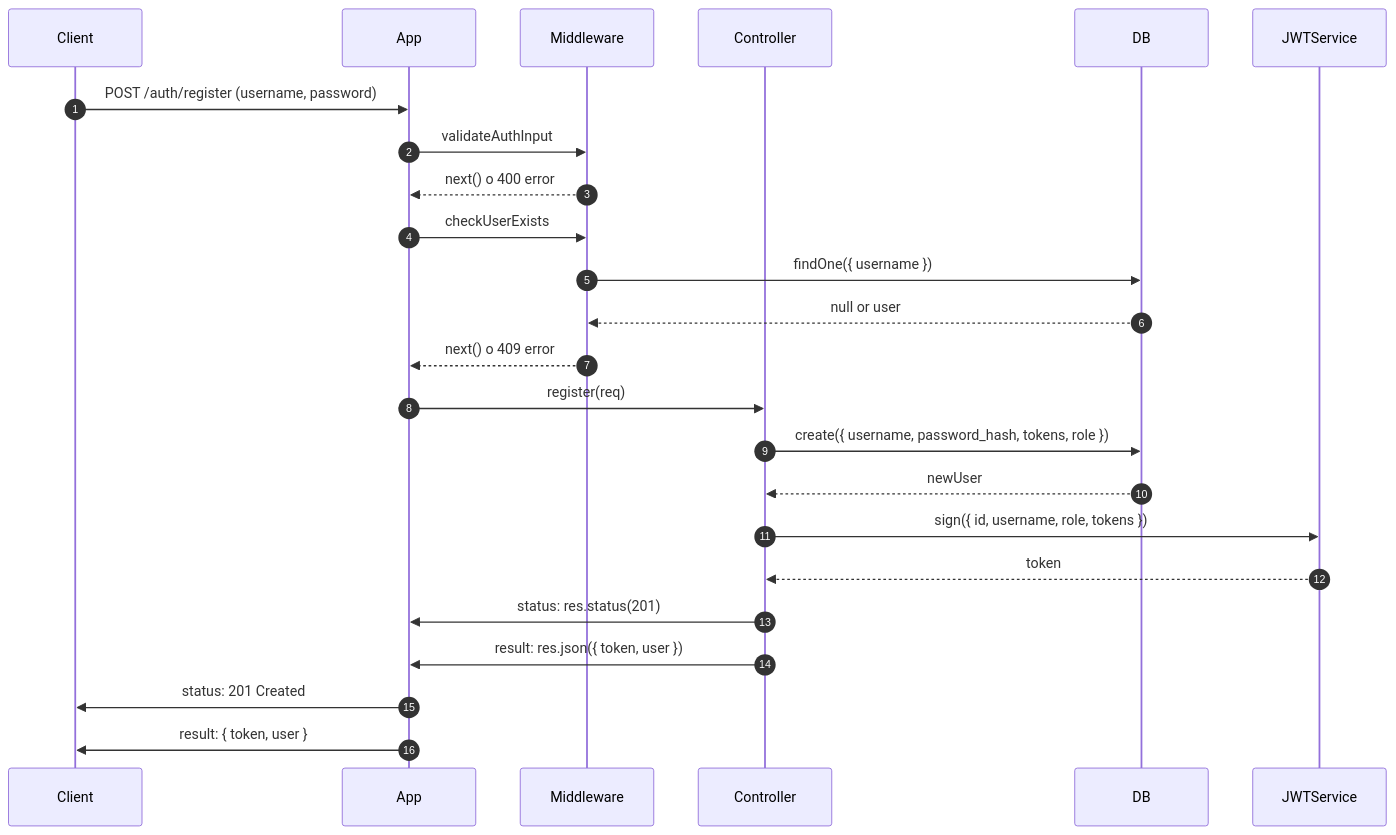
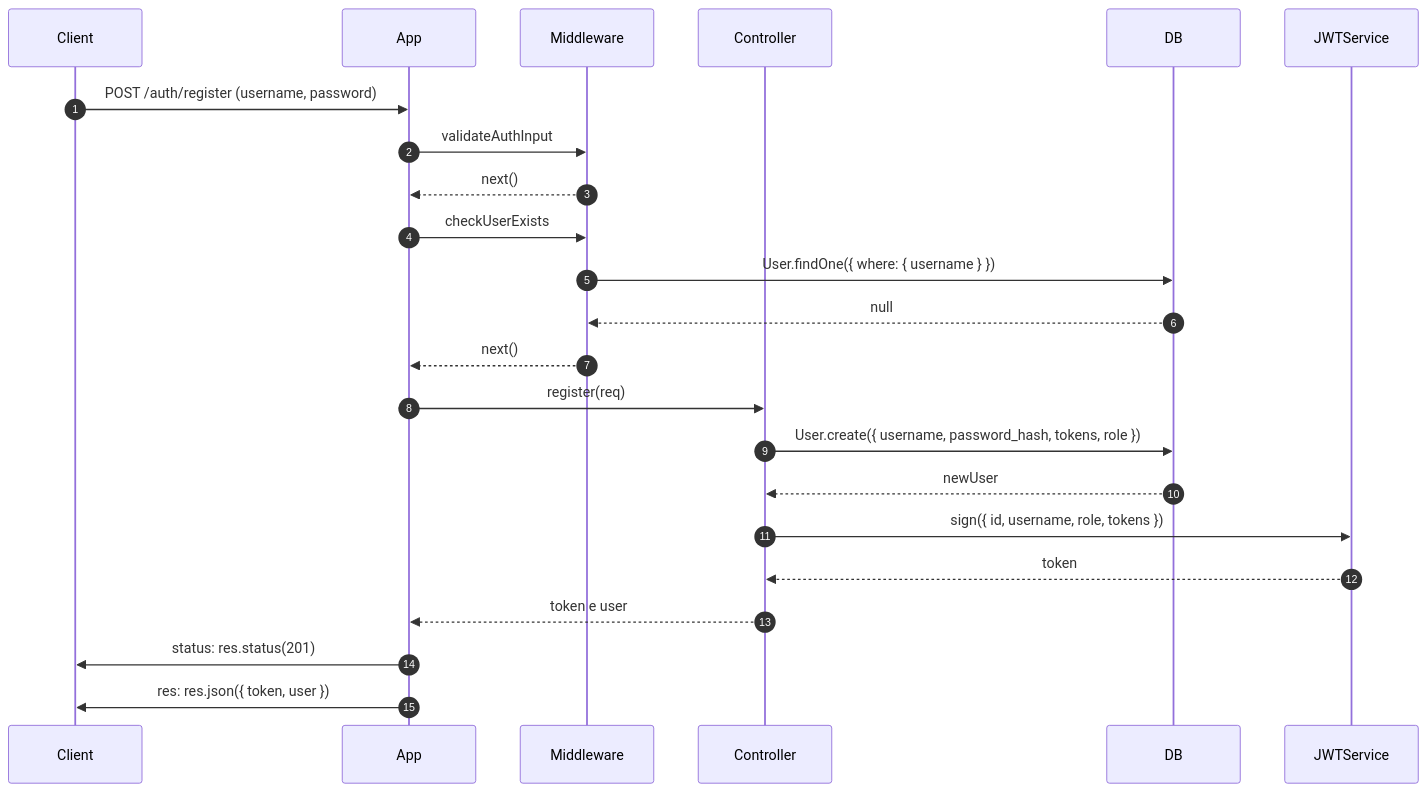
Before and after one commit to Daniel-Diocis/VoidTracksWeb: the first of 9 diagrams in README.md, drawn with Mermaid. The commit also changed other lines of this file, not shown here.

````diff
--- a/README.md
+++ b/README.md
@@ -62,27 +62,32 @@
 ```mermaid
 sequenceDiagram
   autonumber
   participant Client
   participant App
   participant Middleware
   participant Controller
   participant DB
   participant JWTService
 
   Client->>App: POST /auth/register (username, password)
+
   App->>Middleware: validateAuthInput
-  Middleware-->>App: next() o 400 error
+  Middleware-->>App: next()
+
   App->>Middleware: checkUserExists
-  Middleware->>DB: findOne({ username })
-  DB-->>Middleware: null or user
-  Middleware-->>App: next() o 409 error
+  Middleware->>DB: User.findOne({ where: { username } })
+  DB-->>Middleware: null
+  Middleware-->>App: next()
+
   App->>Controller: register(req)
-  Controller->>DB: create({ username, password_hash, tokens, role })
+  Controller->>DB: User.create({ username, password_hash, tokens, role })
   DB-->>Controller: newUser
+
   Controller->>JWTService: sign({ id, username, role, tokens })
   JWTService-->>Controller: token
-  Controller->>App: status: res.status(201)
-  Controller->>App: result: res.json({ token, user })
-  App->>Client: status: 201 Created
-  App->>Client: result: { token, user }
+
+  Controller-->>App: token e user
+
+  App->>Client: status: res.status(201)
+  App->>Client: res: res.json({ token, user })
 ```
````
